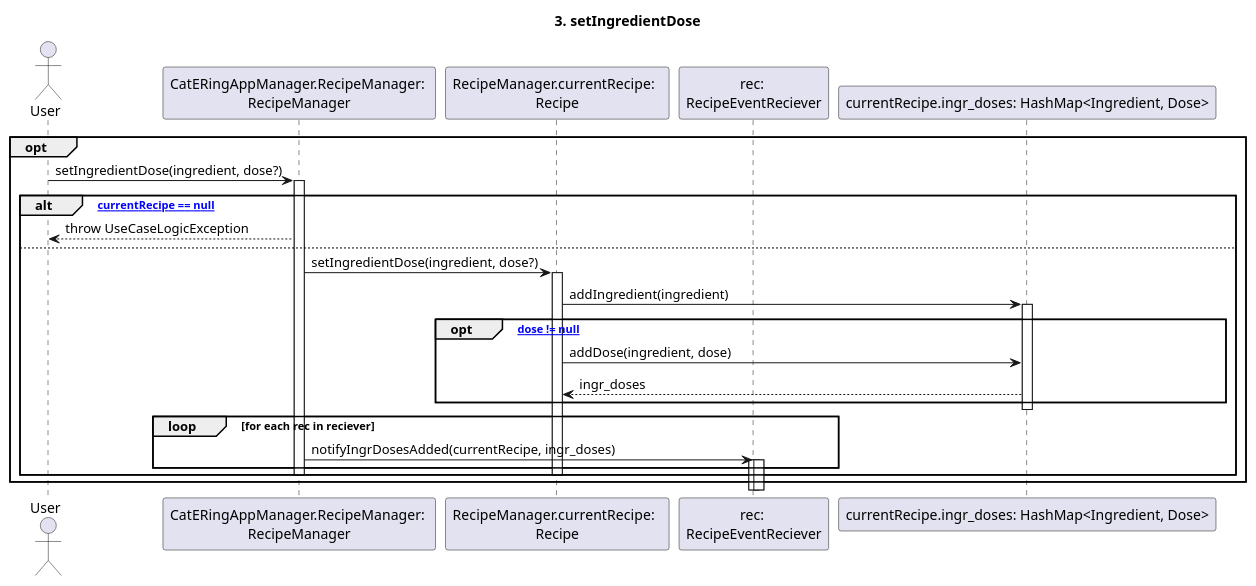
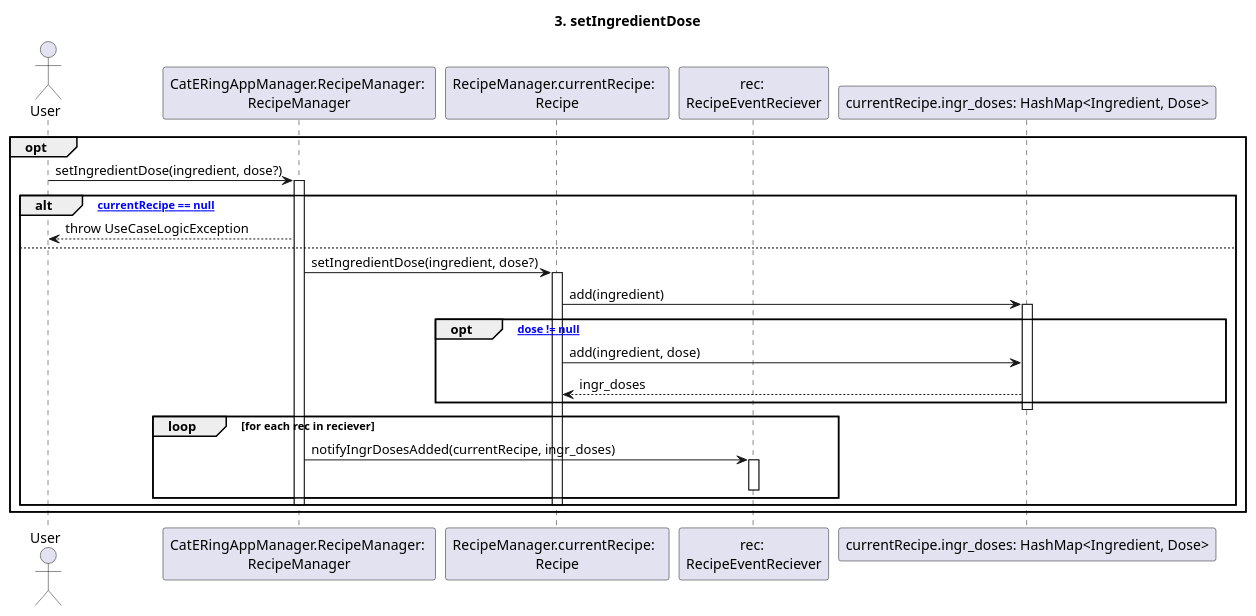
Before and after one commit to m0canu1/sas: the diagram in dsd/dsd-ricette/3-setIngredientDose.md, drawn with PlantUML. The commit also changed 14 other files, not shown here.

````diff
--- a/dsd/dsd-ricette/3-setIngredientDose.md
+++ b/dsd/dsd-ricette/3-setIngredientDose.md
@@ -1,35 +1,35 @@
 ```plantuml
 title: 3. setIngredientDose
 
 Actor User
 Participant "CatERingAppManager.RecipeManager: \nRecipeManager" as RM
 Participant "RecipeManager.currentRecipe:  \nRecipe" as CR
 Participant "rec: \nRecipeEventReciever" as RER
 opt
 	User -> RM: setIngredientDose(ingredient, dose?)
 	Activate RM
 
 	alt ["currentRecipe == null"]
 		RM --> User: throw UseCaseLogicException
 	else
 		RM -> CR: setIngredientDose(ingredient, dose?)
 		Activate CR
-			CR -> "currentRecipe.ingr_doses: HashMap<Ingredient, Dose>": addIngredient(ingredient)
+			CR -> "currentRecipe.ingr_doses: HashMap<Ingredient, Dose>": add(ingredient)
 			Activate "currentRecipe.ingr_doses: HashMap<Ingredient, Dose>"
 
             opt ["dose != null"]
-			    CR -> "currentRecipe.ingr_doses: HashMap<Ingredient, Dose>": addDose(ingredient, dose)
+			    CR -> "currentRecipe.ingr_doses: HashMap<Ingredient, Dose>": add(ingredient, dose)
                 "currentRecipe.ingr_doses: HashMap<Ingredient, Dose>" --> CR: ingr_doses
             end
         Deactivate "currentRecipe.ingr_doses: HashMap<Ingredient, Dose>"
         loop for each rec in reciever
 	        RM -> RER: notifyIngrDosesAdded(currentRecipe, ingr_doses)
 					activate RER
-					activate RER
+					deactivate RER
         end
 		Deactivate CR
 		Deactivate RM
 
 	end
 end
 ```
````
